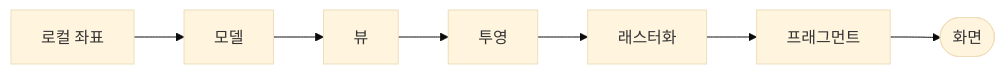
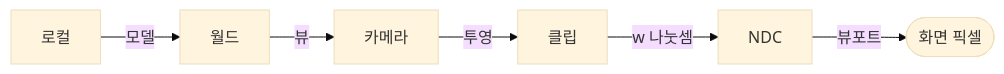
One commit to Byeongchan99/CS-Card changed the diagram in summary-notes/그래픽스.md. Above: the diagram before and after it, drawn with Mermaid (base theme). The commit also changed other lines of this file, not shown here.

````diff
--- a/summary-notes/그래픽스.md
+++ b/summary-notes/그래픽스.md
@@ -19,9 +19,8 @@
 ```mermaid
 flowchart LR
-    A["로컬 좌표"] --> B["모델"]
-    B --> C["뷰"]
-    C --> D["투영"]
-    D --> E["래스터화"]
-    E --> F["프래그먼트"]
-    F --> G(["화면"])
+    A["로컬"] -->|모델| B["월드"]
+    B -->|뷰| C["카메라"]
+    C -->|투영| D["클립"]
+    D -->|"w 나눗셈"| E["NDC"]
+    E -->|뷰포트| F(["화면 픽셀"])
 ```
````
